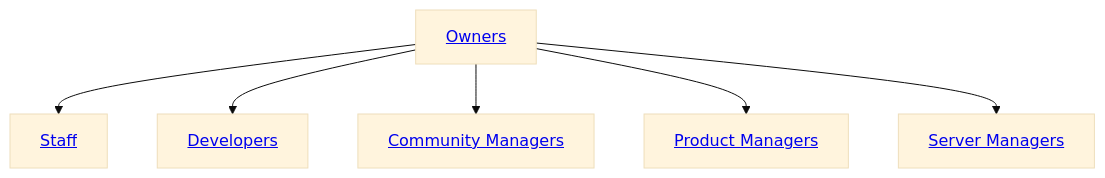
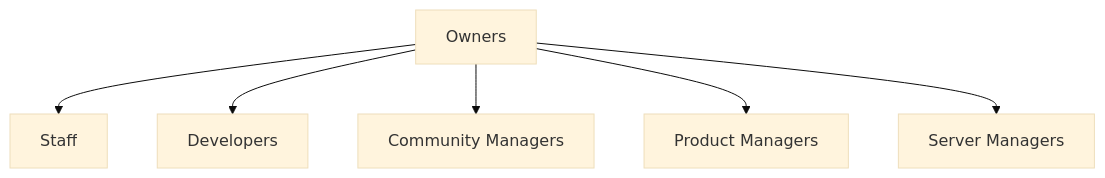
The diagram in README.md (UDL-TF/Organization), drawn with Mermaid (base theme) before and after one commit. The commit also changed other lines of this file, not shown here.

Commit message:
Refactor organization chart for improved readability and consistency

````diff
--- a/README.md
+++ b/README.md
@@ -3,8 +3,15 @@
 ```mermaid
 graph TD
-    A[<a href='./roles/owners.md'>Owners</a>] --> B[<a href='roles/staff.md'>Staff</a>]
-    A --> C[<a href='./roles/developers.md'>Developers</a>]
-    A --> D[<a href='./roles/community-managers.md'>Community Managers</a>]
-    A --> E[<a href='./roles/product-managers.md'>Product Managers</a>]
-    A --> F[<a href='./roles/server-managers.md'>Server Managers</a>]
+    A[Owners]
+    B[Staff]
+    C[Developers]
+    D[Community Managers]
+    E[Product Managers]
+    F[Server Managers]
+
+    A --> B
+    A --> C
+    A --> D
+    A --> E
+    A --> F
 ```
````
